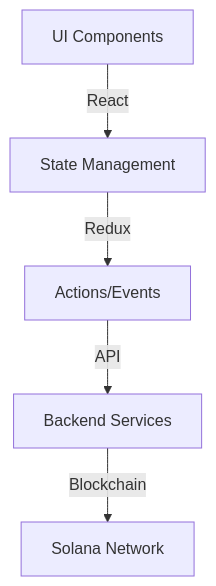
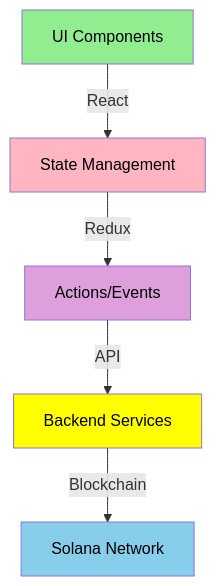
The second of 4 diagrams in docs/technical-architecture.md (MEMEFANS/memefans), drawn with Mermaid before and after one commit. The commit also changed other lines of this file and 15 other files, not shown here.

Commit message:
docs: update Mermaid diagram formats to use HTML div format for better rendering

````diff
--- a/docs/technical-architecture.md
+++ b/docs/technical-architecture.md
@@ -191,7 +200,13 @@
-```mermaid
+<div class="mermaid">
 graph TD
     A[UI Components] -->|React| B[State Management]
     B -->|Redux| C[Actions/Events]
     C -->|API| D[Backend Services]
     D -->|Blockchain| E[Solana Network]
-```
+    
+    style A fill:#90EE90,color:#000000
+    style B fill:#FFB6C1,color:#000000
+    style C fill:#DDA0DD,color:#000000
+    style D fill:#FFFF00,color:#000000
+    style E fill:#87CEEB,color:#000000
+</div>
````
